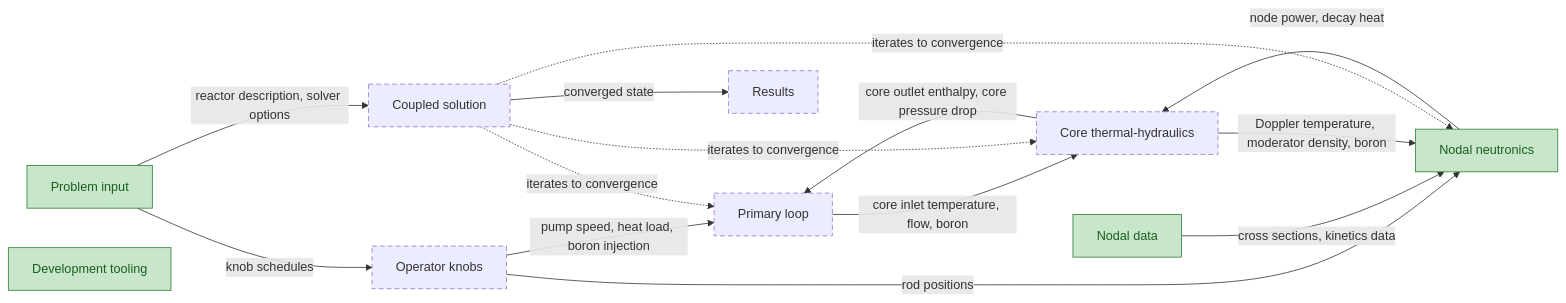
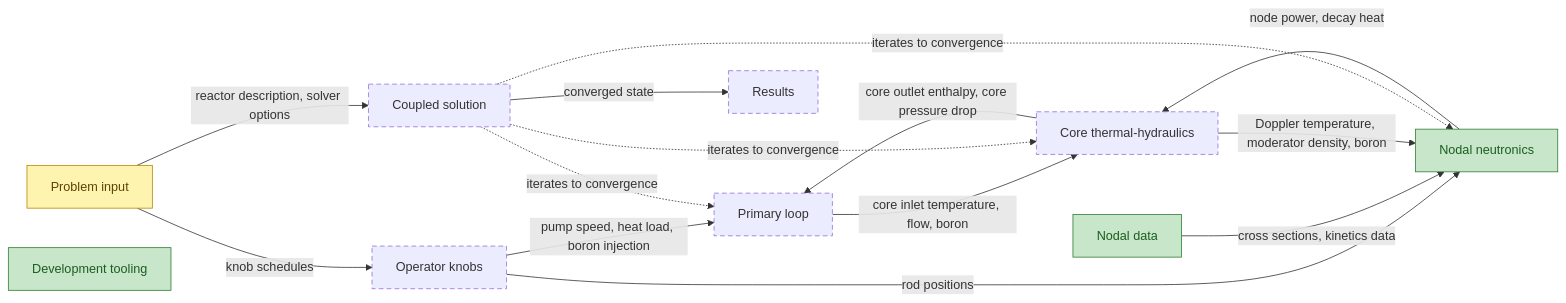
The first of 15 diagrams in Planning/DBC/CONCEPTS.md (aurja130/URUS), drawn with Mermaid before and after one commit. The commit also changed other lines of this file and 5 other files, not shown here.

First line of the commit message:
Freeze 1.3a: problem input contract version 2

````diff
--- a/Planning/DBC/CONCEPTS.md
+++ b/Planning/DBC/CONCEPTS.md
@@ -20,24 +20,25 @@
 ```mermaid
 flowchart LR
 classDef implemented fill:#c8e6c9,stroke:#2e7d32,color:#1b5e20
 classDef partial fill:#fff3b0,stroke:#b58900,color:#5c4400
 classDef planned stroke-dasharray:6 4
 classDef external fill:#eeeeee,stroke:#9e9e9e,stroke-dasharray:1 3,color:#616161
 ProblemInput["Problem input"] -->|knob schedules| Knobs["Operator knobs"]
 ProblemInput -->|reactor description, solver options| Coupling["Coupled solution"]
 Knobs -->|pump speed, heat load, boron injection| PrimaryLoop["Primary loop"]
 Knobs -->|rod positions| Neutronics["Nodal neutronics"]
 NodalLibrary["Nodal data"] -->|cross sections, kinetics data| Neutronics
 PrimaryLoop -->|core inlet temperature, flow, boron| CoreThermalHydraulics["Core thermal-hydraulics"]
 CoreThermalHydraulics -->|core outlet enthalpy, core pressure drop| PrimaryLoop
 Neutronics -->|node power, decay heat| CoreThermalHydraulics
 CoreThermalHydraulics -->|Doppler temperature, moderator density, boron| Neutronics
 Coupling -.->|iterates to convergence| Neutronics
 Coupling -.->|iterates to convergence| CoreThermalHydraulics
 Coupling -.->|iterates to convergence| PrimaryLoop
 Coupling -->|converged state| Results["Results"]
 Tooling["Development tooling"]
 class Knobs,CoreThermalHydraulics,PrimaryLoop,Coupling,Results planned
-class ProblemInput,Neutronics,NodalLibrary implemented
+class Neutronics,NodalLibrary implemented
+class ProblemInput partial
 class Tooling implemented
 ```
````
